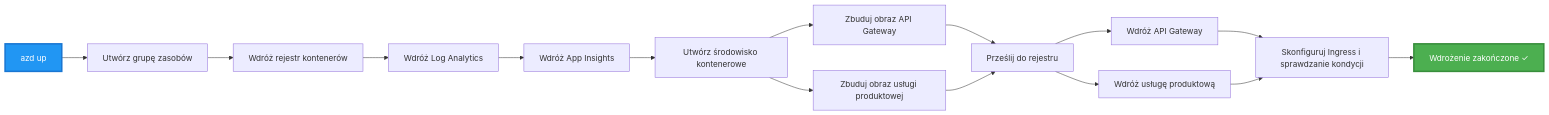
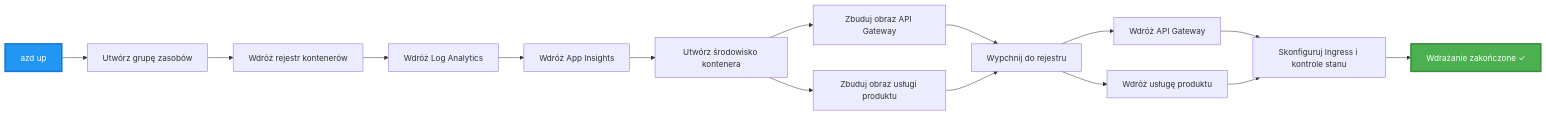
The third of 4 diagrams in translations/pl/examples/microservices/README.md (microsoft/AZD-for-beginners), drawn with Mermaid before and after one commit. The commit also changed other lines of this file and 242 other files, not shown here.

````diff
--- a/translations/pl/examples/microservices/README.md
+++ b/translations/pl/examples/microservices/README.md
@@ -242,20 +238,20 @@
 ```mermaid
 graph LR
     A[azd up] --> B[Utwórz grupę zasobów]
     B --> C[Wdróż rejestr kontenerów]
     C --> D[Wdróż Log Analytics]
     D --> E[Wdróż App Insights]
-    E --> F[Utwórz środowisko kontenerowe]
+    E --> F[Utwórz środowisko kontenera]
     F --> G[Zbuduj obraz API Gateway]
-    F --> H[Zbuduj obraz usługi produktowej]
-    G --> I[Prześlij do rejestru]
+    F --> H[Zbuduj obraz usługi produktu]
+    G --> I[Wypchnij do rejestru]
     H --> I
     I --> J[Wdróż API Gateway]
-    I --> K[Wdróż usługę produktową]
-    J --> L[Skonfiguruj Ingress i sprawdzanie kondycji]
+    I --> K[Wdróż usługę produktu]
+    J --> L[Skonfiguruj Ingress i kontrole stanu]
     K --> L
-    L --> M[Wdrożenie zakończone ✓]
+    L --> M[Wdrażanie zakończone ✓]
     
     style A fill:#2196F3,stroke:#1976D2,stroke-width:3px,color:#fff
     style M fill:#4CAF50,stroke:#388E3C,stroke-width:3px,color:#fff
-```
+```  
````
